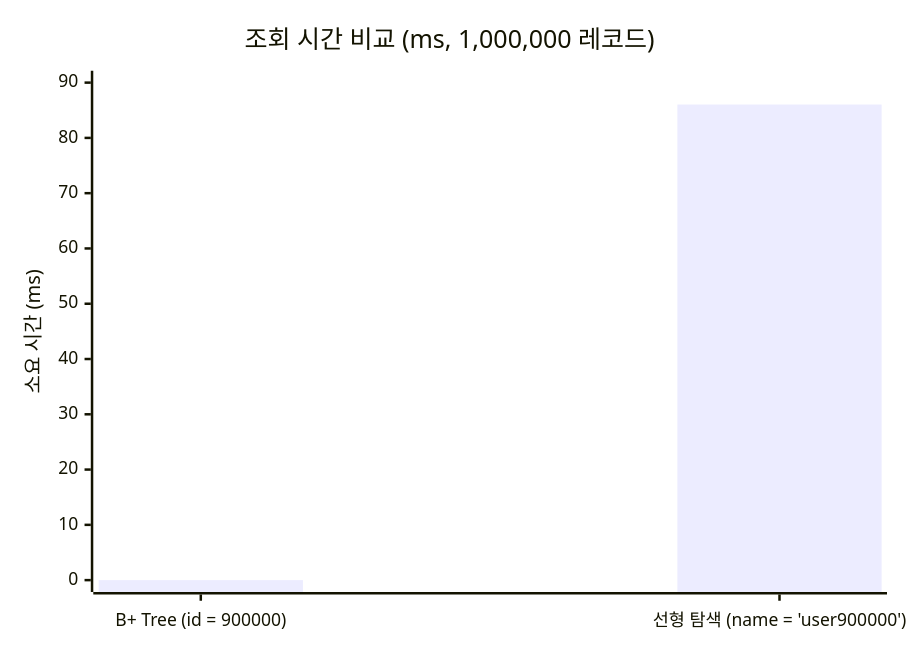
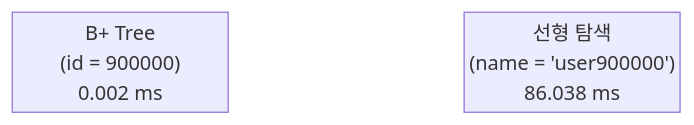
One commit to Jungle-12-303/week7-02-sql-index changed the sixth of 6 diagrams in docs/presentation.md. Above: the diagram before and after it, drawn with Mermaid. The commit also changed other lines of this file, not shown here.

````diff
--- a/docs/presentation.md
+++ b/docs/presentation.md
@@ -130,7 +126,7 @@
 ```mermaid
-xychart-beta
-    title "조회 시간 비교 (ms, 1,000,000 레코드)"
-    x-axis ["B+ Tree (id = 900000)", "선형 탐색 (name = 'user900000')"]
-    y-axis "소요 시간 (ms)" 0 --> 90
-    bar [0.002, 86.038]
+block-beta
+  columns 3
+  A["B+ Tree\n(id = 900000)\n0.002 ms"]:1
+  space:1
+  B["선형 탐색\n(name = 'user900000')\n86.038 ms"]:1
 ```
````
